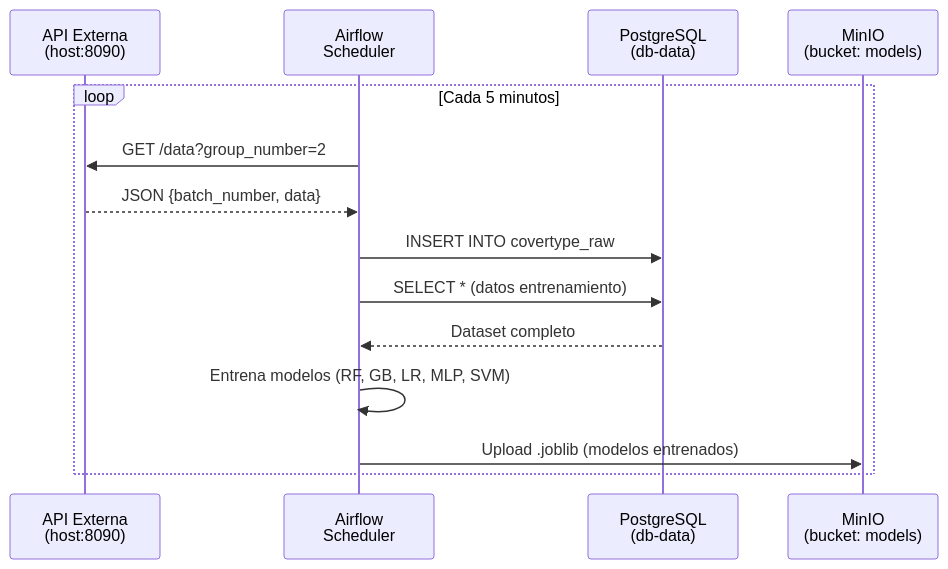
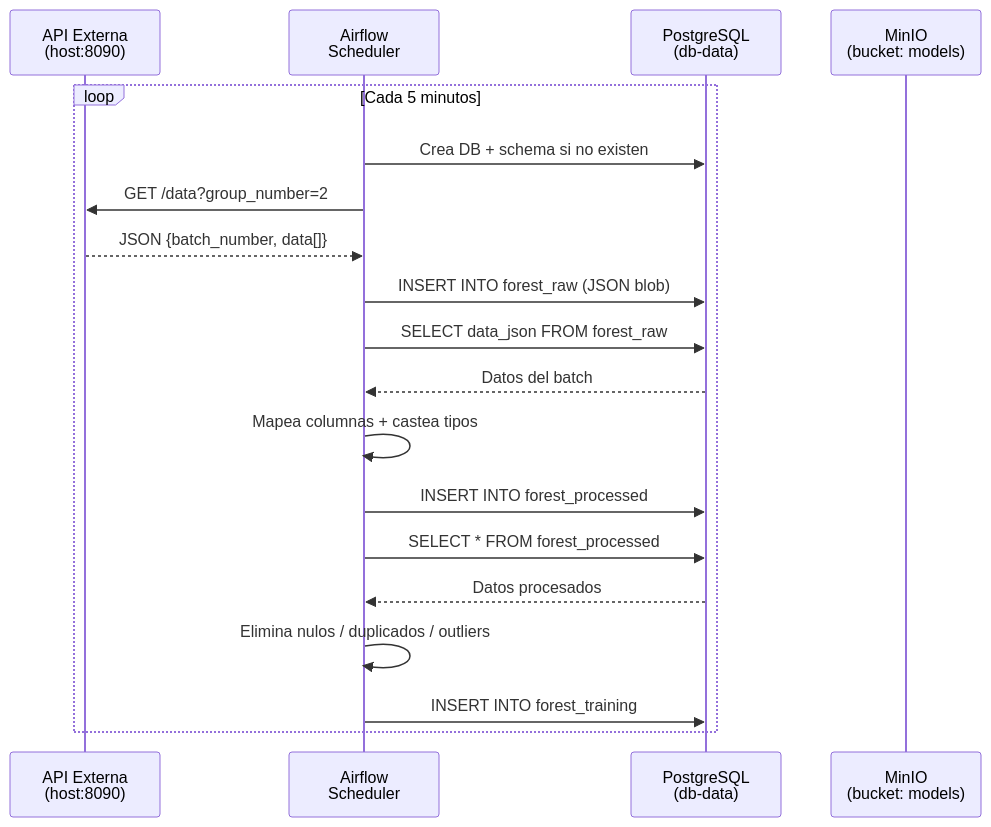
Before and after one commit to CamiloGarcia06/Mlops_talleres: the second of 4 diagrams in README.md, drawn with Mermaid. The commit also changed other lines of this file, not shown here.

````diff
--- a/README.md
+++ b/README.md
@@ -59,17 +78,22 @@
 ```mermaid
 sequenceDiagram
     participant EXT as API Externa<br/>(host:8090)
     participant AF as Airflow<br/>Scheduler
     participant DB as PostgreSQL<br/>(db-data)
     participant MIO as MinIO<br/>(bucket: models)
 
     loop Cada 5 minutos
+        AF->>DB: Crea DB + schema si no existen
         AF->>EXT: GET /data?group_number=2
-        EXT-->>AF: JSON {batch_number, data}
-        AF->>DB: INSERT INTO covertype_raw
-        AF->>DB: SELECT * (datos entrenamiento)
-        DB-->>AF: Dataset completo
-        AF->>AF: Entrena modelos (RF, GB, LR, MLP, SVM)
-        AF->>MIO: Upload .joblib (modelos entrenados)
+        EXT-->>AF: JSON {batch_number, data[]}
+        AF->>DB: INSERT INTO forest_raw (JSON blob)
+        AF->>DB: SELECT data_json FROM forest_raw
+        DB-->>AF: Datos del batch
+        AF->>AF: Mapea columnas + castea tipos
+        AF->>DB: INSERT INTO forest_processed
+        AF->>DB: SELECT * FROM forest_processed
+        DB-->>AF: Datos procesados
+        AF->>AF: Elimina nulos / duplicados / outliers
+        AF->>DB: INSERT INTO forest_training
     end
 ```
````
